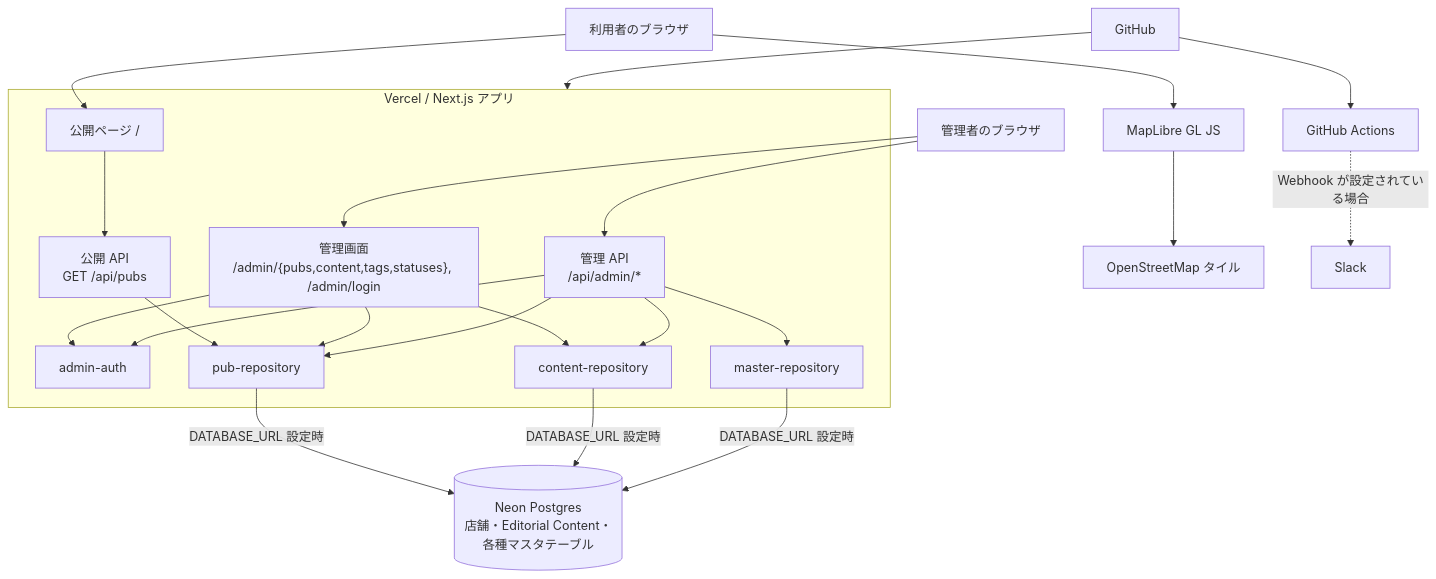
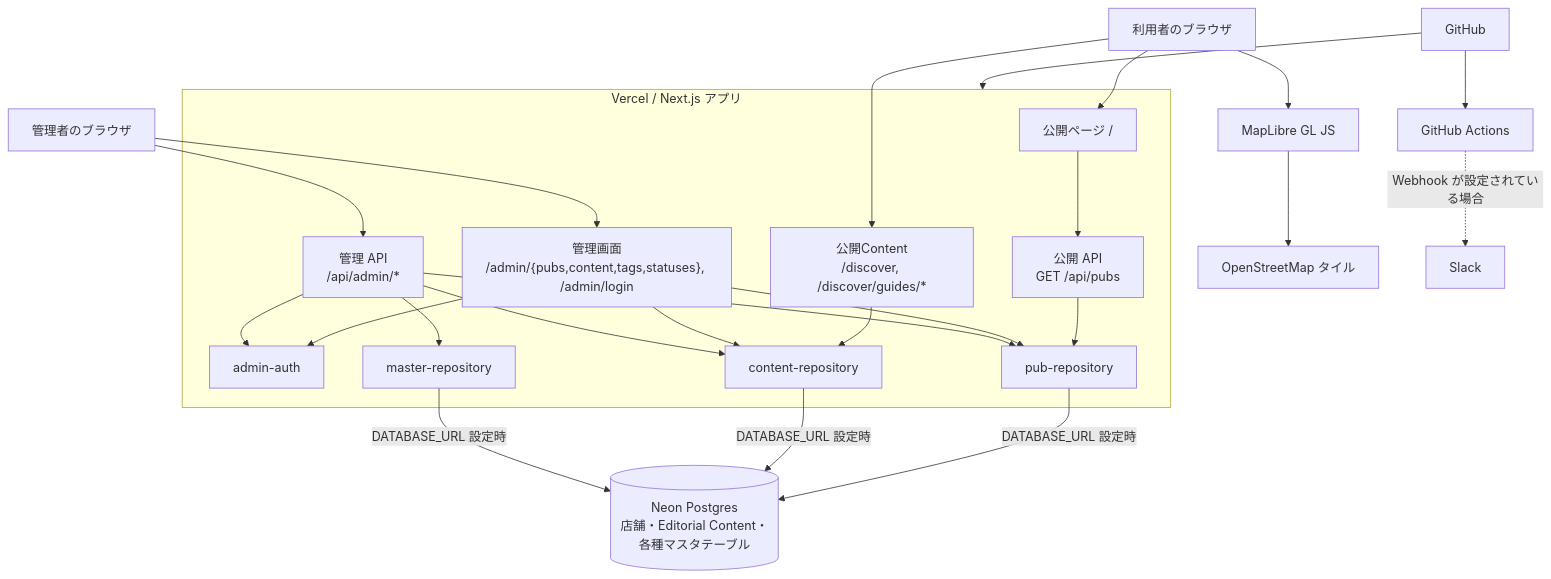
The diagram in docs/architecture/system-overview.md (yusukefr/irishpub-map), drawn with Mermaid before and after one commit. The commit also changed other lines of this file and 28 other files, not shown here.

````diff
--- a/docs/architecture/system-overview.md
+++ b/docs/architecture/system-overview.md
@@ -7,47 +7,50 @@
 ```mermaid
 flowchart TB
   visitor[利用者のブラウザ]
   administrator[管理者のブラウザ]
   maplibre[MapLibre GL JS]
   osm[OpenStreetMap タイル]
   github[GitHub]
   actions[GitHub Actions]
   slack[Slack]
 
   subgraph vercel[Vercel / Next.js アプリ]
     publicPage["公開ページ /"]
+    contentPage["公開Content<br/>/discover, /discover/guides/*"]
     publicApi["公開 API<br/>GET /api/pubs"]
     adminPage["管理画面<br/>/admin/{pubs,content,tags,statuses}, /admin/login"]
     adminApi["管理 API<br/>/api/admin/*"]
     auth[admin-auth]
     repository[pub-repository]
     contentRepository[content-repository]
     masterRepository[master-repository]
   end
 
   neon[(Neon Postgres<br/>店舗・Editorial Content・各種マスタテーブル)]
 
   visitor --> publicPage
+  visitor --> contentPage
   publicPage --> publicApi
+  contentPage --> contentRepository
   publicApi --> repository
   visitor --> maplibre
   maplibre --> osm
 
   administrator --> adminPage
   administrator --> adminApi
   adminPage --> auth
   adminPage --> repository
   adminPage --> contentRepository
   adminApi --> auth
   adminApi --> repository
   adminApi --> contentRepository
   adminApi --> masterRepository
 
   repository -->|"DATABASE_URL 設定時"| neon
   contentRepository -->|"DATABASE_URL 設定時"| neon
   masterRepository -->|"DATABASE_URL 設定時"| neon
 
   github --> actions
   github --> vercel
   actions -.->|"Webhook が設定されている場合"| slack
 ```
````
